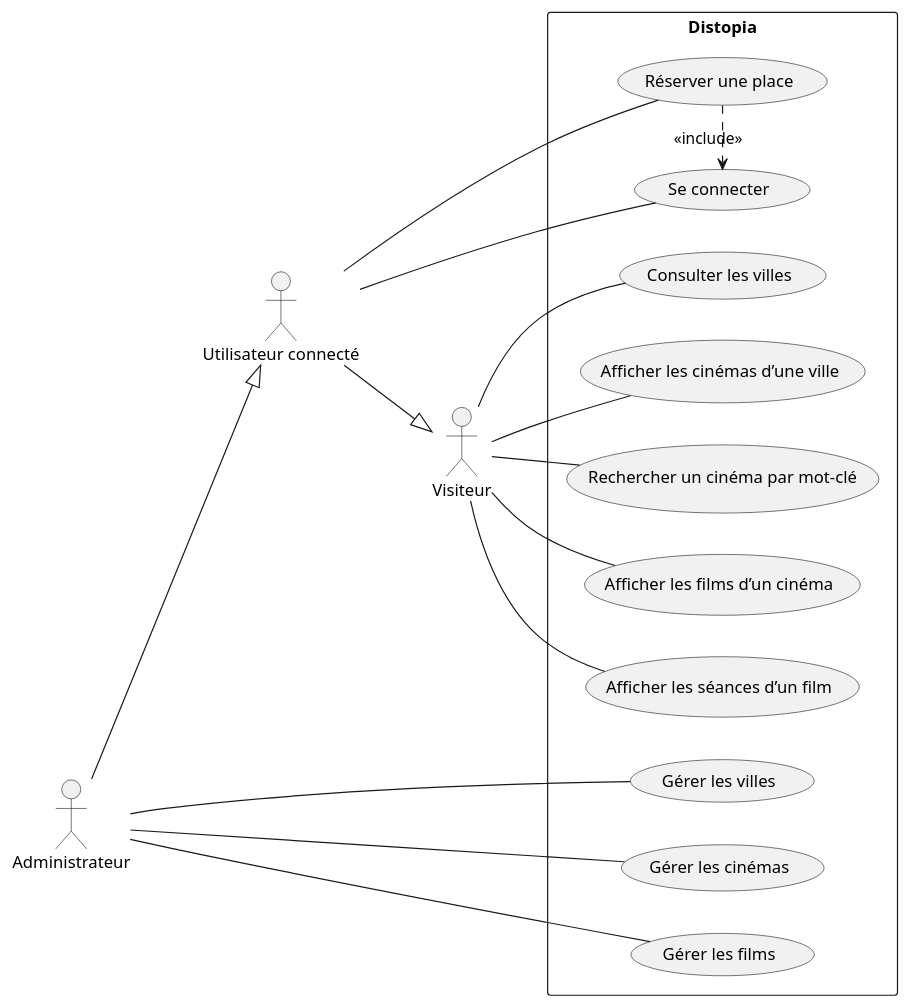
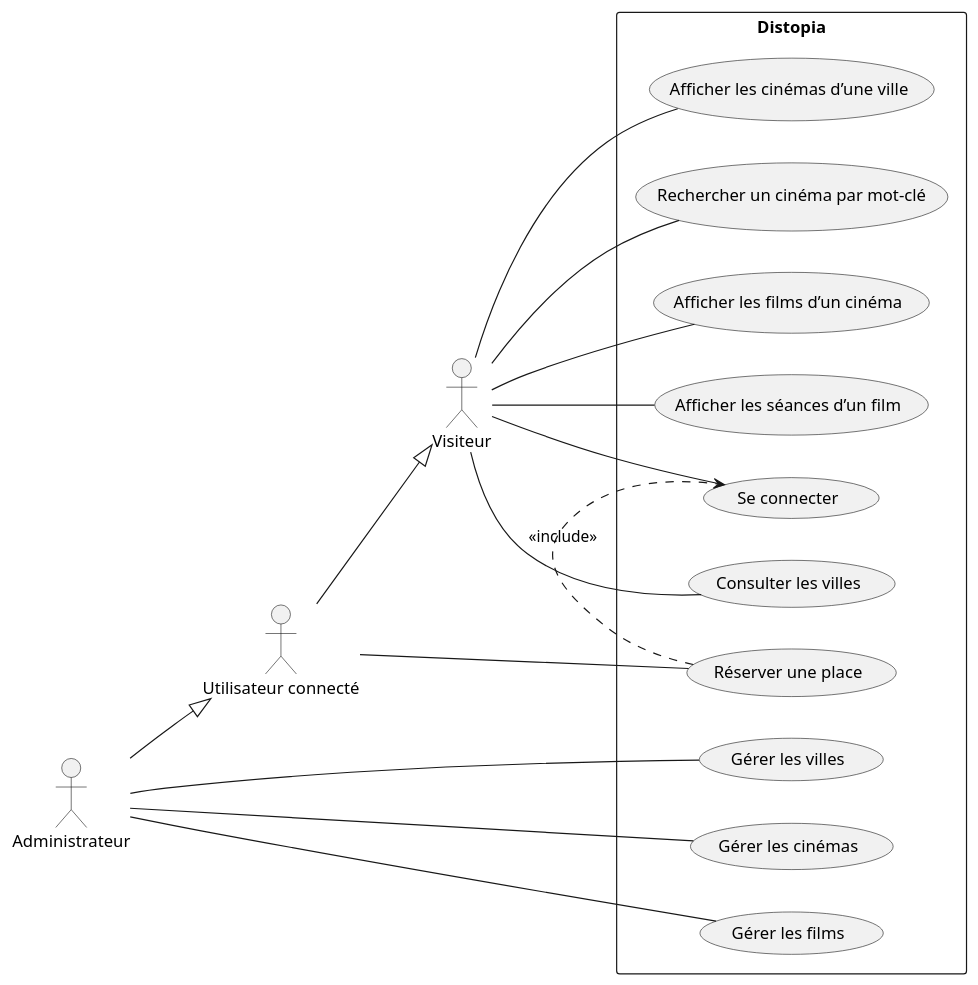
Before and after one commit to remicampistron512/distopia: the diagram in docs/useCase.puml, drawn with PlantUML.

Commit message:
Correction usecase, c'est le visiteur qui se connecte et non l'utilisateur authentifié

```diff
--- a/docs/useCase.puml
+++ b/docs/useCase.puml
@@ -1,46 +1,46 @@
 @startuml
 left to right direction
 
 actor "Visiteur" as Visitor
 actor "Utilisateur connecté" as AuthUser
 actor "Administrateur" as Admin
 
 Admin --|> AuthUser
 AuthUser --|> Visitor
 
 rectangle "Distopia" {
 
   usecase "Consulter les villes" as UC_ViewCities
   usecase "Afficher les cinémas d’une ville" as UC_ViewCityCinemas
   usecase "Rechercher un cinéma par mot-clé" as UC_CinemaByKeyword
   usecase "Afficher les films d’un cinéma" as UC_ViewCinemaMovies
   usecase "Afficher les séances d’un film" as UC_ViewScreenings
 
   usecase "Se connecter" as UC_login
   usecase "Réserver une place" as UC_SeatBooking
 
   usecase "Gérer les villes" as UC_ManageCities
 
   usecase "Gérer les cinémas" as UC_ManageCinemas
 
   usecase "Gérer les films" as UC_ManageMovies
 
 }
 
 Visitor -- UC_ViewCities
 Visitor -- UC_ViewCityCinemas
 Visitor -- UC_CinemaByKeyword
 Visitor -- UC_ViewCinemaMovies
 Visitor -- UC_ViewScreenings
 
-AuthUser -- UC_login
+Visitor -- UC_login
 AuthUser -- UC_SeatBooking
 
 Admin -- UC_ManageCities
 Admin -- UC_ManageCinemas
 Admin -- UC_ManageMovies
 
 UC_SeatBooking .> UC_login : <<include>>
 
 
 @enduml
```
